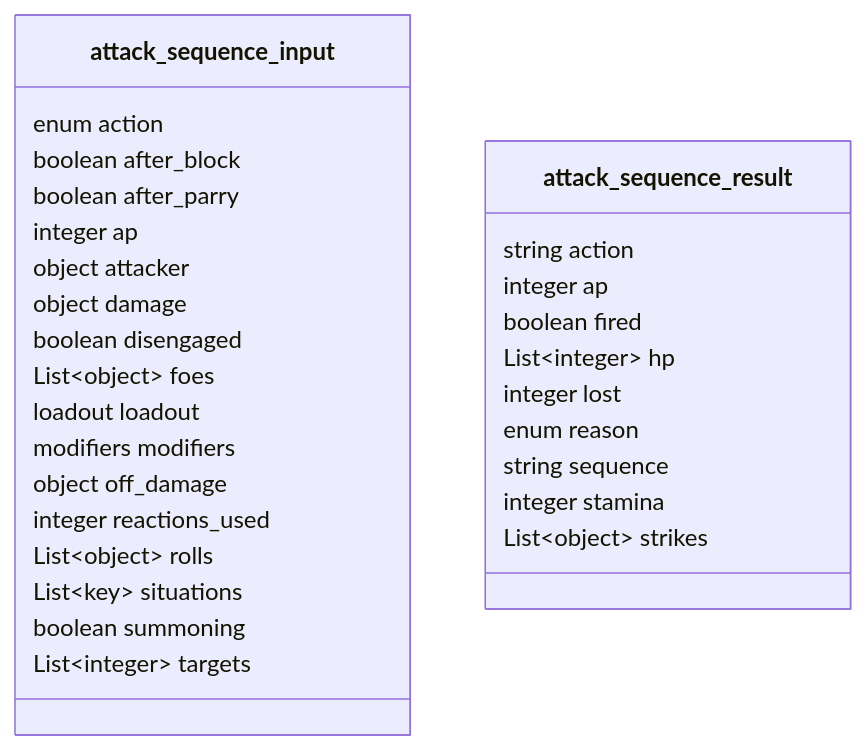
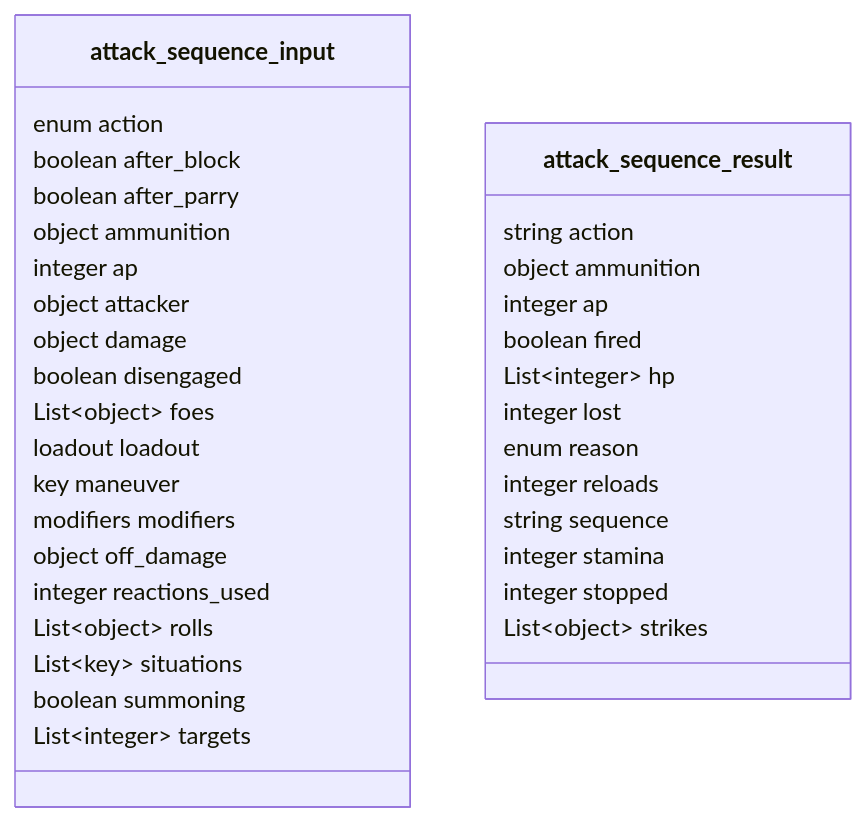
Before and after one commit to SETA1609/riftweave-core: the fifth of 34 diagrams in docs/backend/contract-diagram.md, drawn with Mermaid. The commit also changed other lines of this file and 305 other files, not shown here.

````diff
--- a/docs/backend/contract-diagram.md
+++ b/docs/backend/contract-diagram.md
@@ -186,32 +224,37 @@
 ```mermaid
 classDiagram
     class attack_sequence_input {
         enum action
         boolean after_block
         boolean after_parry
+        object ammunition
         integer ap
         object attacker
         object damage
         boolean disengaged
         List~object~ foes
         loadout loadout
+        key maneuver
         modifiers modifiers
         object off_damage
         integer reactions_used
         List~object~ rolls
         List~key~ situations
         boolean summoning
         List~integer~ targets
     }
     class attack_sequence_result {
         string action
+        object ammunition
         integer ap
         boolean fired
         List~integer~ hp
         integer lost
         enum reason
+        integer reloads
         string sequence
         integer stamina
+        integer stopped
         List~object~ strikes
     }
 ```
````
